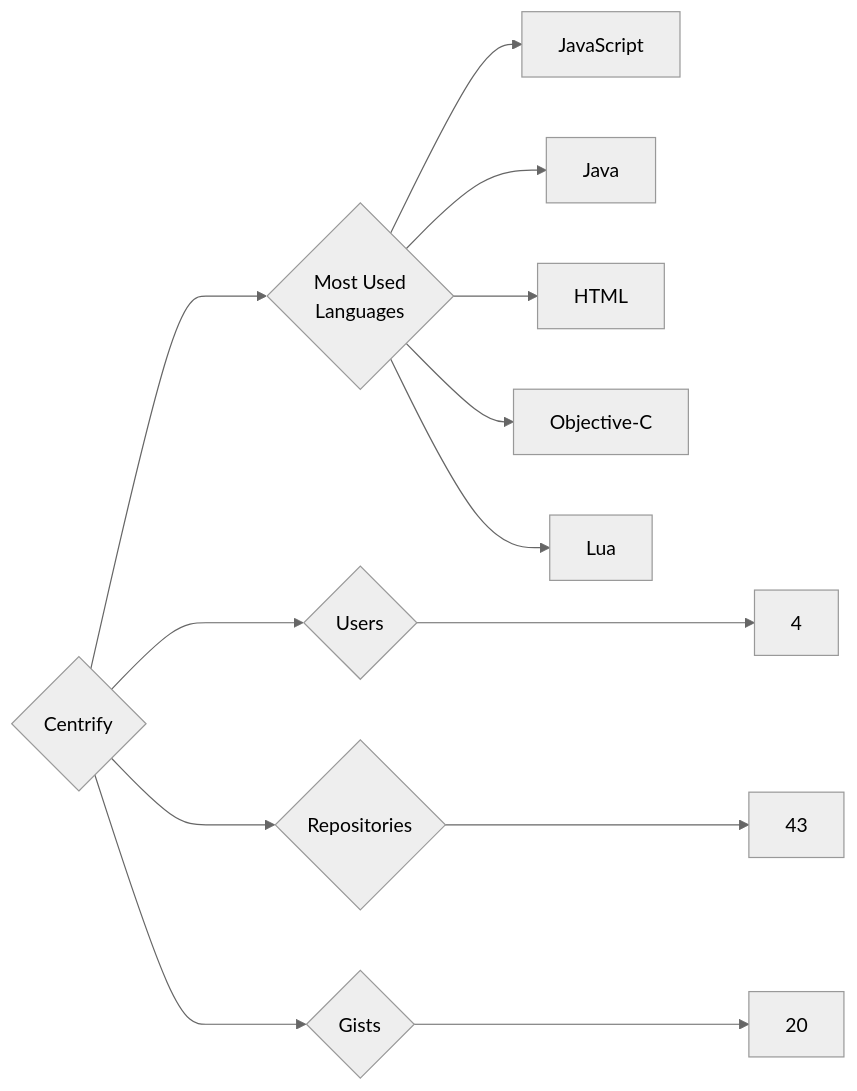
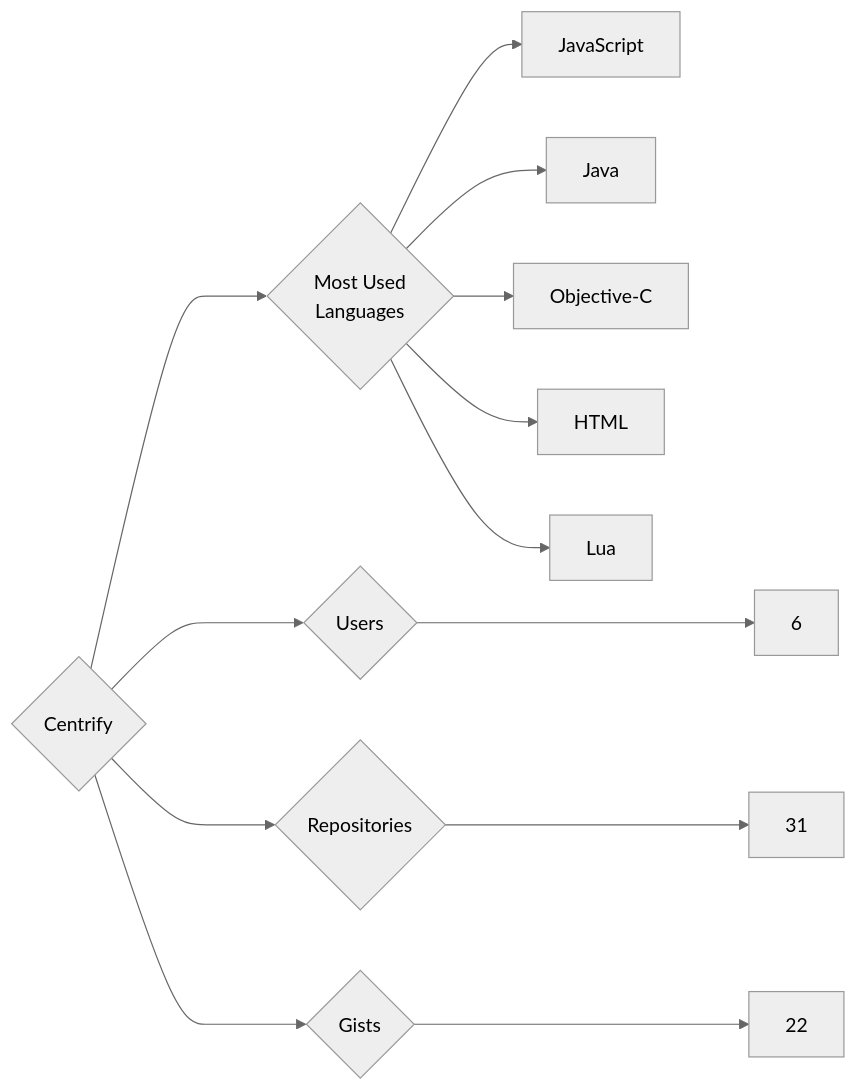
The diagram in targets/Centrify/README.md (trickest/insiders), drawn with Mermaid (neutral theme) before and after one commit. The commit also changed 865 other files, not shown here.

````diff
--- a/targets/Centrify/README.md
+++ b/targets/Centrify/README.md
@@ -3,13 +3,13 @@
 ```mermaid
 graph LR
 COMPANY_NAME{Centrify}
-COMPANY_NAME ---> U{Users} ---> UN[4]
-COMPANY_NAME ---> R{Repositories} ---> RN[43]
-COMPANY_NAME ---> G{Gists} ---> GN[20]
+COMPANY_NAME ---> U{Users} ---> UN[6]
+COMPANY_NAME ---> R{Repositories} ---> RN[31]
+COMPANY_NAME ---> G{Gists} ---> GN[22]
 COMPANY_NAME ---> ML{Most Used<br>Languages}
 ML --> JavaScript[JavaScript]
 ML --> Java[Java]
+ML --> Objective-C[Objective-C]
 ML --> HTML[HTML]
-ML --> Objective-C[Objective-C]
 ML --> Lua[Lua]
 ```
````
